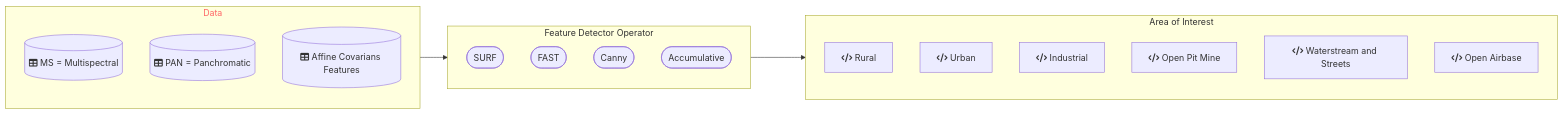
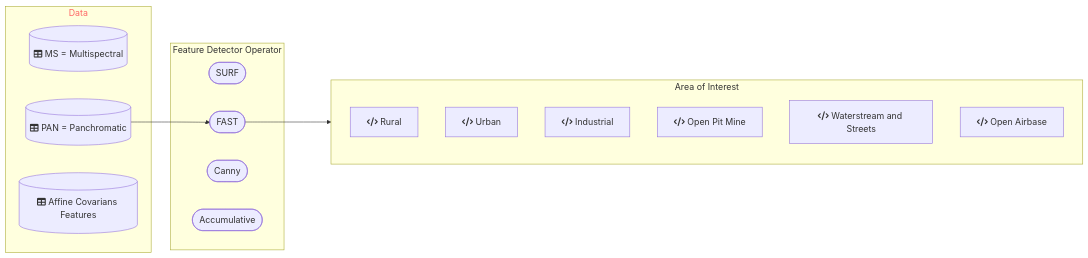
The diagram in Application/README.md (DippoldEJ/Feature-Detection-and-Explanation), drawn with Mermaid before and after one commit.

````diff
--- a/Application/README.md
+++ b/Application/README.md
@@ -13,31 +13,31 @@
 ```mermaid
 flowchart LR;
 
  subgraph n[Data]
         g[(fa:fa-table MS = Multispectral)]
         h[(fa:fa-table PAN = Panchromatic)]
         i[(fa:fa-table Affine Covarians Features)]
     end
 
  subgraph o[Feature Detector Operator]
         j([SURF])
         k([FAST])
         l([Canny])
         m([Accumulative])
     end
 
 subgraph p[Area of Interest]
     a[fa:fa-code Rural]
     b[fa:fa-code Urban]
     c[fa:fa-code Industrial]
     d[fa:fa-code Open Pit Mine]
     e[fa:fa-code Waterstream and Streets]
     f[fa:fa-code Open Airbase]
     end
 
 style n color:#f66
 
-n-->o
+h-->k
 o-->p
 
 ```
````
